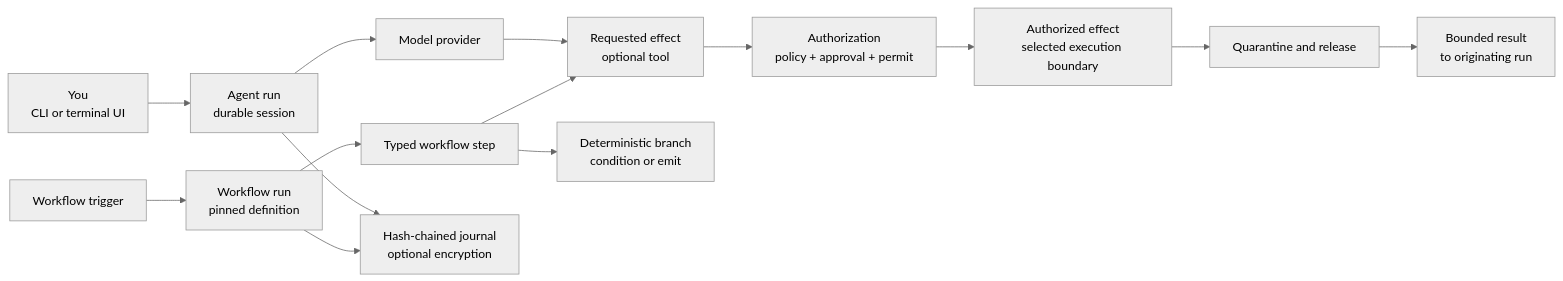
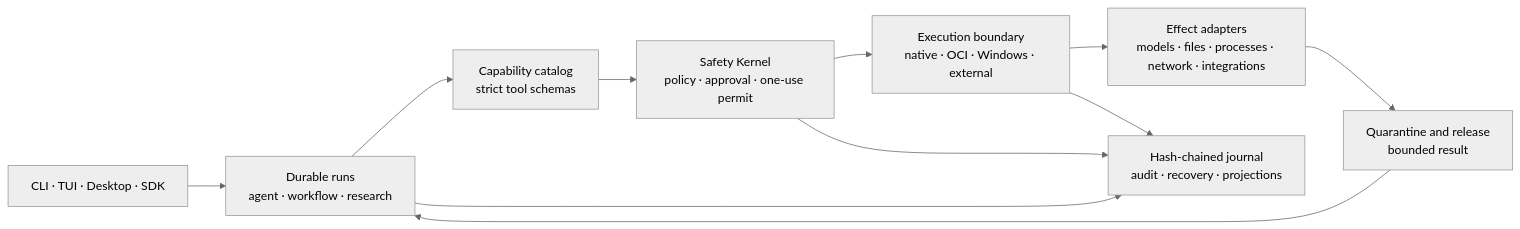
Before and after one commit to obscuritylabs/Colossus: the diagram in docs/index.md, drawn with Mermaid (neutral theme). The commit also changed other lines of this file and 12 other files, not shown here.

````diff
--- a/docs/index.md
+++ b/docs/index.md
@@ -133,16 +106,13 @@
 ```mermaid
 flowchart LR
-    U["You<br/>CLI or terminal UI"] --> A["Agent run<br/>durable session"]
-    W["Workflow trigger"] --> F["Workflow run<br/>pinned definition"]
-    A --> M["Model provider"]
-    M --> T["Requested effect<br/>optional tool"]
-    F --> S["Typed workflow step"]
-    S --> D["Deterministic branch<br/>condition or emit"]
-    S --> T
-    T --> G["Authorization<br/>policy + approval + permit"]
-    G --> E["Authorized effect<br/>selected execution boundary"]
-    E --> Q["Quarantine and release"]
-    Q --> O["Bounded result<br/>to originating run"]
-    A --> J["Hash-chained journal<br/>optional encryption"]
-    F --> J
+    I["CLI · TUI · Desktop · SDK"] --> R["Durable runs<br/>agent · workflow · research"]
+    R --> C["Capability catalog<br/>strict tool schemas"]
+    C --> K["Safety Kernel<br/>policy · approval · one-use permit"]
+    K --> B["Execution boundary<br/>native · OCI · Windows · external"]
+    B --> A["Effect adapters<br/>models · files · processes · network · integrations"]
+    A --> Q["Quarantine and release<br/>bounded result"]
+    Q --> R
+    R --> J["Hash-chained journal<br/>audit · recovery · projections"]
+    K --> J
+    B --> J
 ```
````
